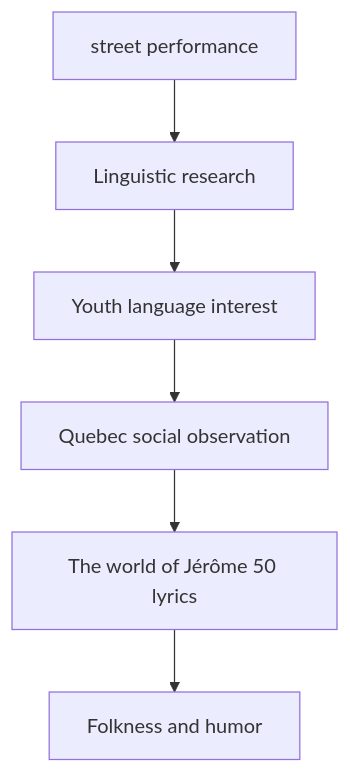
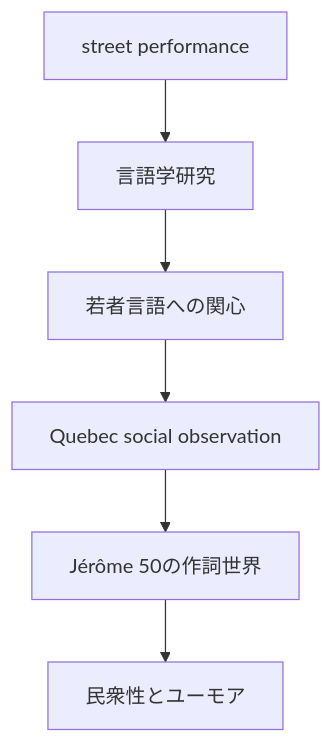
One commit to monumental-movement/monumental-movement.github.io changed the first of 7 diagrams in en/_posts/2026-05-09-column-jerome-50.md. Above: the diagram before and after it, drawn with Mermaid. The commit also changed other lines of this file and 2196 other files, not shown here.

```diff
--- a/en/_posts/2026-05-09-column-jerome-50.md
+++ b/en/_posts/2026-05-09-column-jerome-50.md
@@ -51,8 +51,8 @@
 <div class="mermaid">
 graph TD
-A[street performance] --> B[Linguistic research]
-B --> C[Youth language interest]
+A[street performance] --> B[言語学研究]
+B --> C[若者言語への関心]
 C --> D[Quebec social observation]
-D --> E[The world of Jérôme 50 lyrics]
-E --> F[Folkness and humor]
+D --> E[Jérôme 50の作詞世界]
+E --> F[民衆性とユーモア]
 </div>
```
